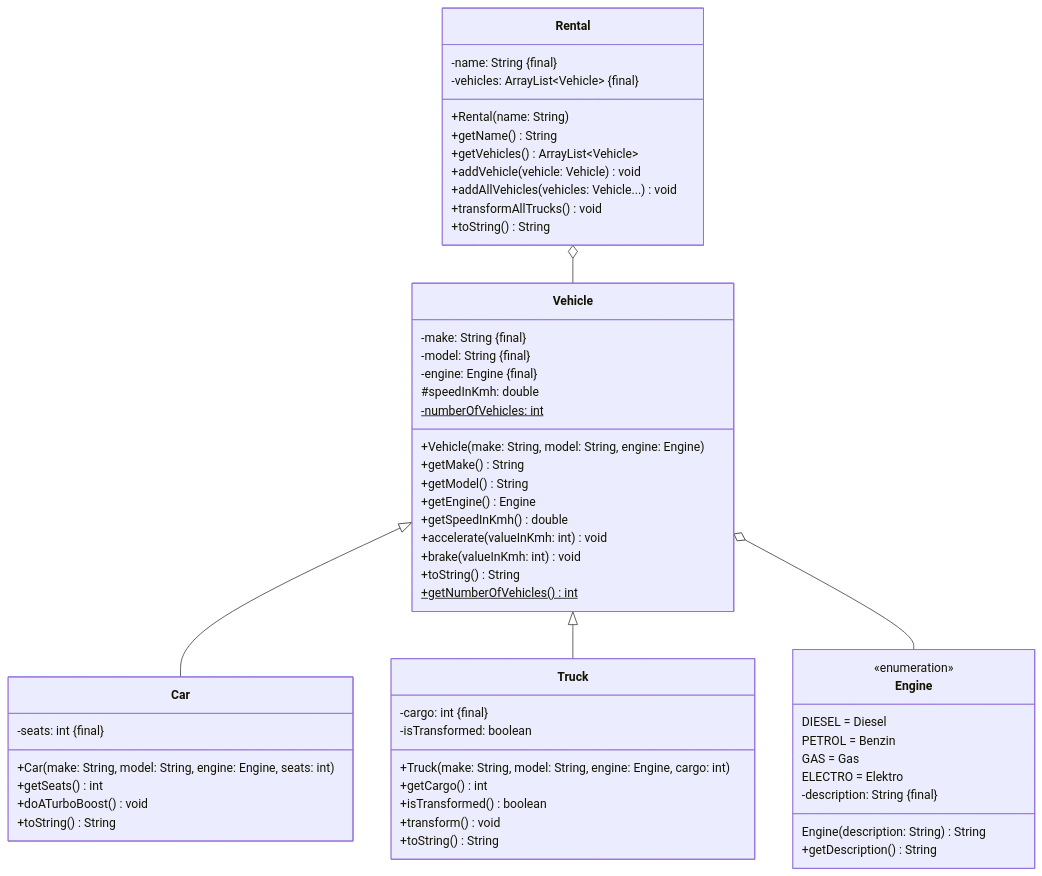
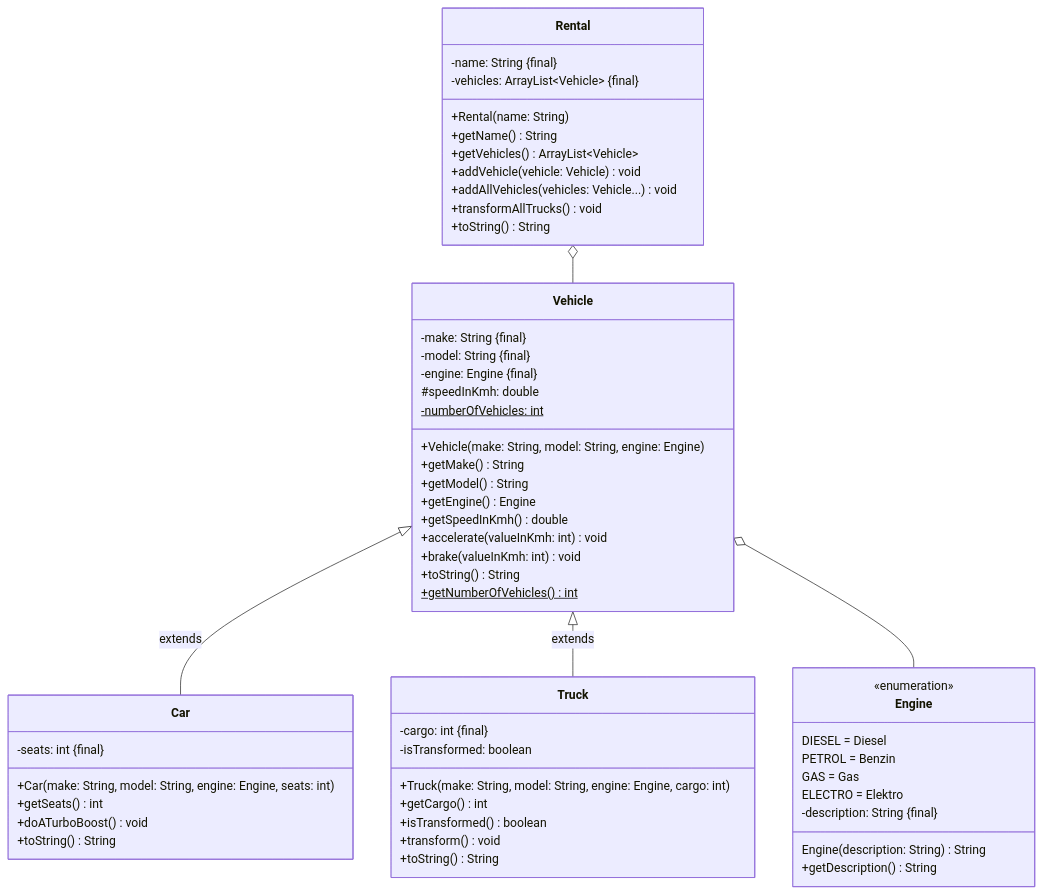
The diagram in docs/exercises/polymorphy/polymorphy03.mdx (jappuccini/java-docs), drawn with Mermaid before and after one commit. The commit also changed 2 other files, not shown here.

Commit message:
fix exercises

````diff
--- a/docs/exercises/polymorphy/polymorphy03.mdx
+++ b/docs/exercises/polymorphy/polymorphy03.mdx
@@ -15,65 +15,65 @@
 ```mermaid
 classDiagram
-    Vehicle <|-- Car
-    Vehicle <|-- Truck
+    Vehicle <|-- Car : extends
+    Vehicle <|-- Truck : extends
     Vehicle o-- Engine
     Rental o-- Vehicle
 
     class Vehicle {
         -make: String &#123final&#125
         -model: String &#123final&#125
         -engine: Engine &#123final&#125
         #speedInKmh: double
         -numberOfVehicles: int$
         +Vehicle(make: String, model: String, engine: Engine)
         +getMake() String
         +getModel() String
         +getEngine() Engine
         +getSpeedInKmh() double
         +accelerate(valueInKmh: int) void
         +brake(valueInKmh: int) void
         +toString() String
         +getNumberOfVehicles()$ int
     }
 
     class Engine {
         <<enumeration>>
         DIESEL = Diesel
         PETROL = Benzin
         GAS = Gas
         ELECTRO = Elektro
         -description: String &#123final&#125
         Engine(description: String) String
         +getDescription() String
     }
 
     class Car {
         -seats: int &#123final&#125
         +Car(make: String, model: String, engine: Engine, seats: int)
         +getSeats() int
         +doATurboBoost() void
         +toString() String
     }
 
     class Truck {
         -cargo: int &#123final&#125
         -isTransformed: boolean
         +Truck(make: String, model: String, engine: Engine, cargo: int)
         +getCargo() int
         +isTransformed() boolean
         +transform() void
         +toString() String
     }
 
     class Rental {
         -name: String &#123final&#125
         -vehicles: ArrayList~Vehicle~ &#123final&#125
         +Rental(name: String)
         +getName() String
         +getVehicles() ArrayList~Vehicle~
         +addVehicle(vehicle: Vehicle) void
         +addAllVehicles(vehicles: Vehicle...) void
         +transformAllTrucks() void
         +toString() String
     }
 ```
````
